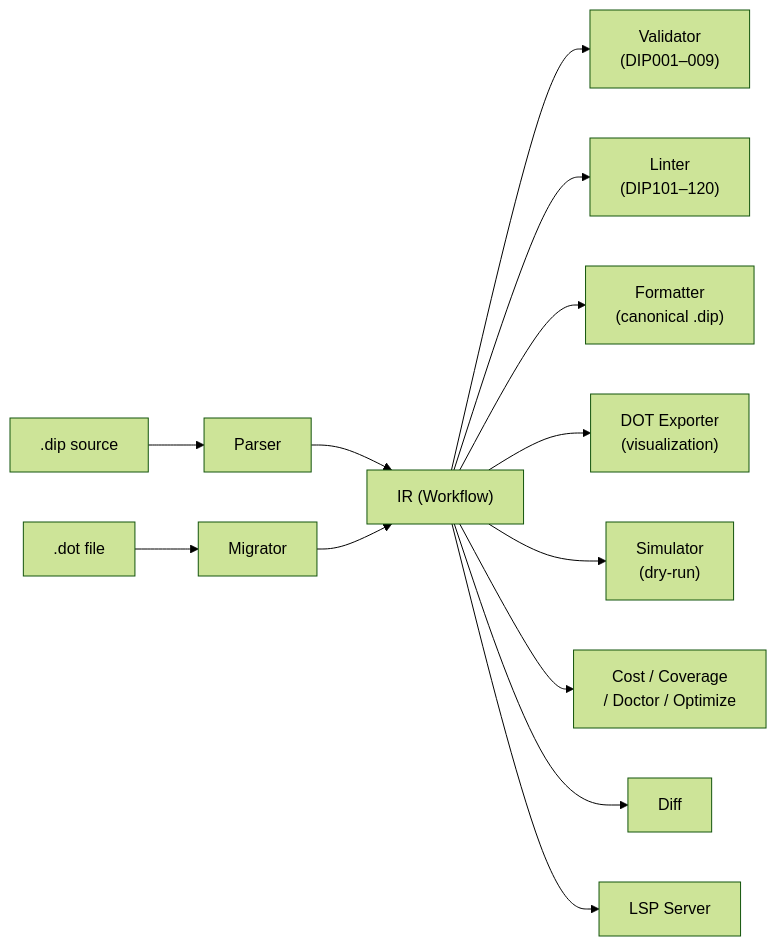
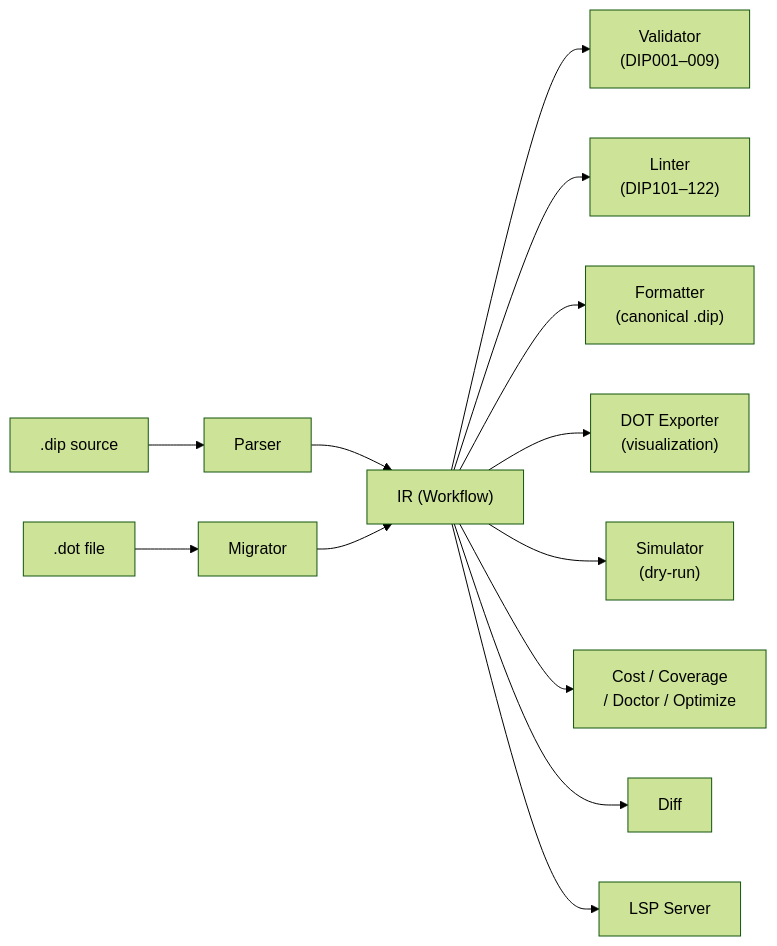
The second of 2 diagrams in README.md (michellepellon/dippin-lang), drawn with Mermaid (forest theme) before and after one commit. The commit also changed other lines of this file and 21 other files, not shown here.

First line of the commit message:
fix: graph truncation, simulator loops, test coverage sweep (v0.8.0)

````diff
--- a/README.md
+++ b/README.md
@@ -453,15 +459,15 @@
 ```mermaid
 graph LR
     DIP[".dip source"] --> Parser
     DOT_FILE[".dot file"] --> Migrator
     Parser --> IR["IR (Workflow)"]
     Migrator --> IR
     IR --> Validator["Validator<br>(DIP001–009)"]
-    IR --> Linter["Linter<br>(DIP101–120)"]
+    IR --> Linter["Linter<br>(DIP101–122)"]
     IR --> Formatter["Formatter<br>(canonical .dip)"]
     IR --> DOT["DOT Exporter<br>(visualization)"]
     IR --> Sim["Simulator<br>(dry-run)"]
     IR --> Cost["Cost / Coverage<br>/ Doctor / Optimize"]
     IR --> Diff["Diff"]
     IR --> LSP["LSP Server"]
 ```
````
